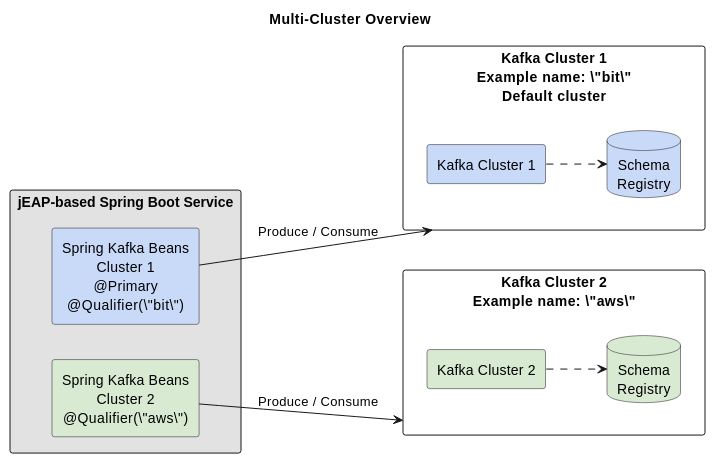
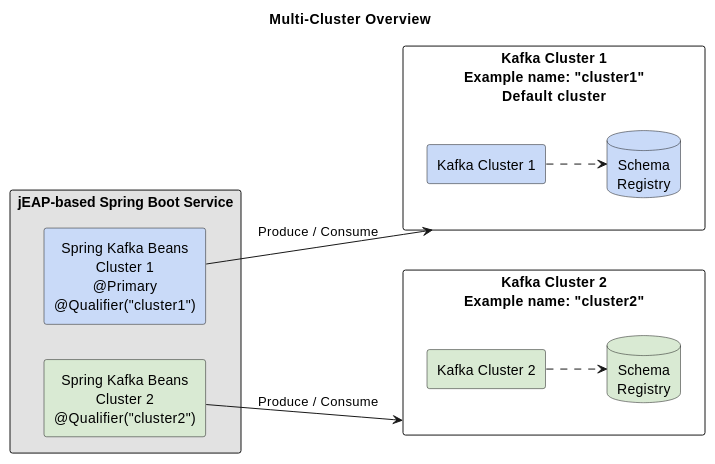
Before and after one commit to jeap-admin-ch/jeap: the diagram in docs/concepts/messaging/jeap-messaging-library/support-for-multiple-kafka-clusters.md, drawn with PlantUML. The commit also changed other lines of this file and 27 other files, not shown here.

Commit message:
JEAP-7611: replace plantuml diagrams with drawio and svg files

````diff
--- a/docs/concepts/messaging/jeap-messaging-library/support-for-multiple-kafka-clusters.md
+++ b/docs/concepts/messaging/jeap-messaging-library/support-for-multiple-kafka-clusters.md
@@ -18,34 +18,34 @@
 ```plantuml
 @startuml
 title Multi-Cluster Overview
 
 left to right direction
 
 skinparam shadowing false
 skinparam componentStyle rectangle
 skinparam packageStyle rectangle
 skinparam defaultTextAlignment center
 
 package "jEAP-based Spring Boot Service" as springBootService #E2E2E2 {
-  component "Spring Kafka Beans\nCluster 1\n@Primary\n@Qualifier(\"bit\")" as springKafkaBeansBit #C9DAF8
-  component "Spring Kafka Beans\nCluster 2\n@Qualifier(\"aws\")" as springKafkaBeansAws #D9EAD3
+  component "Spring Kafka Beans\nCluster 1\n@Primary\n@Qualifier("cluster1")" as springKafkaBeansCluster1 #C9DAF8
+  component "Spring Kafka Beans\nCluster 2\n@Qualifier("cluster2")" as springKafkaBeansCluster2 #D9EAD3
 }
 
-package "Kafka Cluster 1\nExample name: \"bit\"\nDefault cluster" as kafkaCluster1 #FFFFFF {
+package "Kafka Cluster 1\nExample name: "cluster1"\nDefault cluster" as kafkaCluster1 #FFFFFF {
   component "Kafka Cluster 1" as kafka1 #C9DAF8
   database "Schema\nRegistry" as schemaRegistry1 #C9DAF8
 }
 
-package "Kafka Cluster 2\nExample name: \"aws\"" as kafkaCluster2 #FFFFFF {
+package "Kafka Cluster 2\nExample name: "cluster2"" as kafkaCluster2 #FFFFFF {
   component "Kafka Cluster 2" as kafka2 #D9EAD3
   database "Schema\nRegistry" as schemaRegistry2 #D9EAD3
 }
 
-springKafkaBeansBit --> kafkaCluster1 : Produce / Consume
-springKafkaBeansAws --> kafkaCluster2 : Produce / Consume
+springKafkaBeansCluster1 --> kafkaCluster1 : Produce / Consume
+springKafkaBeansCluster2 --> kafkaCluster2 : Produce / Consume
 
 kafka1 ..> schemaRegistry1
 kafka2 ..> schemaRegistry2
 
 @enduml
 ```
````
